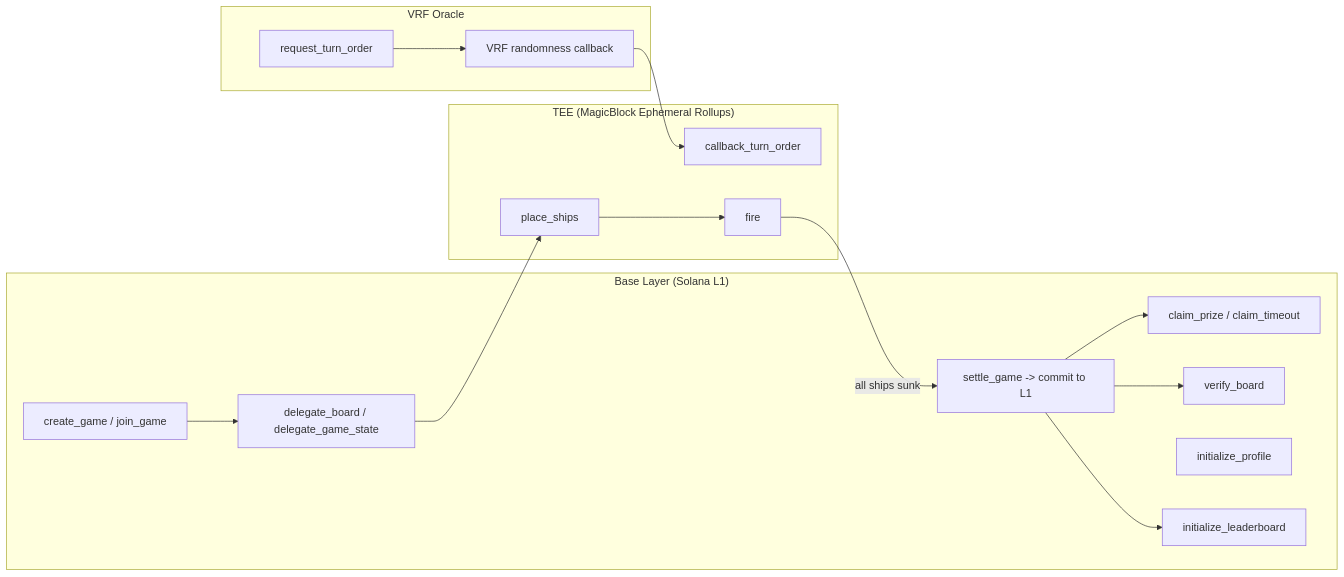
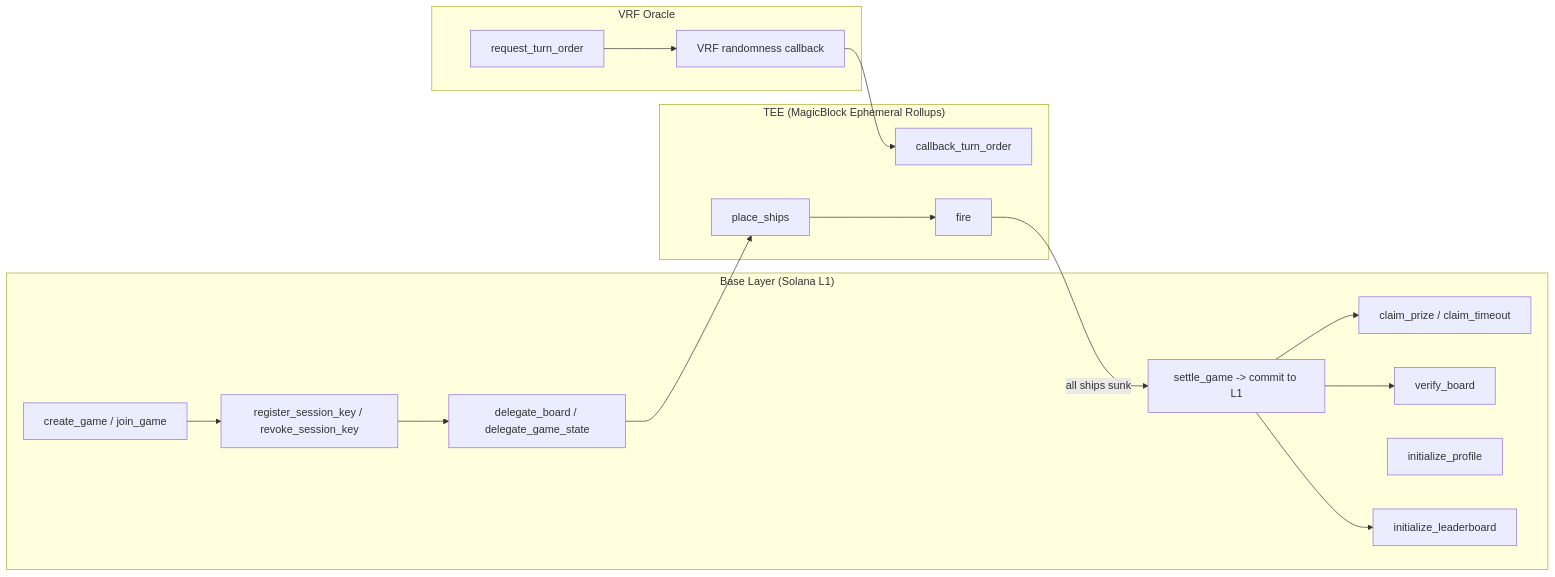
Before and after one commit to Andy00L/private-battleship: the first of 11 diagrams in ARCHITECTURE.md, drawn with Mermaid. The commit also changed other lines of this file and 21 other files, not shown here.

````diff
--- a/ARCHITECTURE.md
+++ b/ARCHITECTURE.md
@@ -9,32 +9,34 @@
 ```mermaid
 graph LR
     subgraph "Base Layer (Solana L1)"
         CREATE[create_game / join_game]
         DELEGATE[delegate_board / delegate_game_state]
         SETTLE[settle_game -> commit to L1]
         CLAIM[claim_prize / claim_timeout]
         VERIFY[verify_board]
         PROFILE[initialize_profile]
         LEADER[initialize_leaderboard]
+        SESSION[register_session_key / revoke_session_key]
     end
 
     subgraph "TEE (MagicBlock Ephemeral Rollups)"
         PLACE[place_ships]
         FIRE[fire]
         VRF_CB[callback_turn_order]
     end
 
     subgraph "VRF Oracle"
         VRF_REQ[request_turn_order]
         VRF_RESP[VRF randomness callback]
     end
 
-    CREATE --> DELEGATE
+    CREATE --> SESSION
+    SESSION --> DELEGATE
     DELEGATE --> PLACE
     VRF_REQ --> VRF_RESP --> VRF_CB
     PLACE --> FIRE
     FIRE -->|all ships sunk| SETTLE
     SETTLE --> CLAIM
     SETTLE --> VERIFY
     SETTLE --> LEADER
 ```
````
